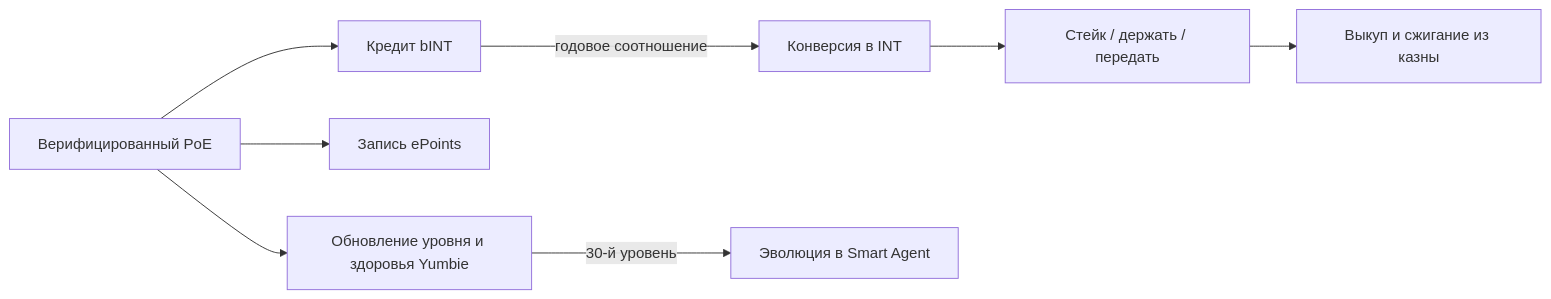
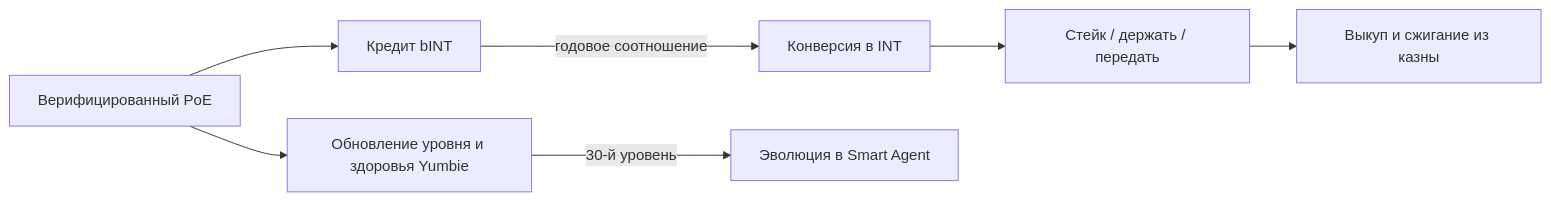
The third of 3 diagrams in content/whitepaper/ru/ekonomika-vklada-i-dizayn-tokena.md (Yumo-Yumo-Inc/yumoyumohq), drawn with Mermaid before and after one commit. The commit also changed other lines of this file and 1048 other files, not shown here.

````diff
--- a/content/whitepaper/ru/ekonomika-vklada-i-dizayn-tokena.md
+++ b/content/whitepaper/ru/ekonomika-vklada-i-dizayn-tokena.md
@@ -102,10 +101,9 @@
 ```mermaid
 flowchart LR
     A[Верифицированный PoE] --> B[Кредит bINT]
-    A --> C[Запись ePoints]
-    A --> D[Обновление уровня и здоровья Yumbie]
-    B -->|годовое соотношение| E[Конверсия в INT]
-    E --> F[Стейк / держать / передать]
-    D -->|30-й уровень| G[Эволюция в Smart Agent]
-    F --> H[Выкуп и сжигание из казны]
+    A --> C[Обновление уровня и здоровья Yumbie]
+    B -->|годовое соотношение| D[Конверсия в INT]
+    D --> E[Стейк / держать / передать]
+    C -->|30-й уровень| F[Эволюция в Smart Agent]
+    E --> G[Выкуп и сжигание из казны]
 ```
````
